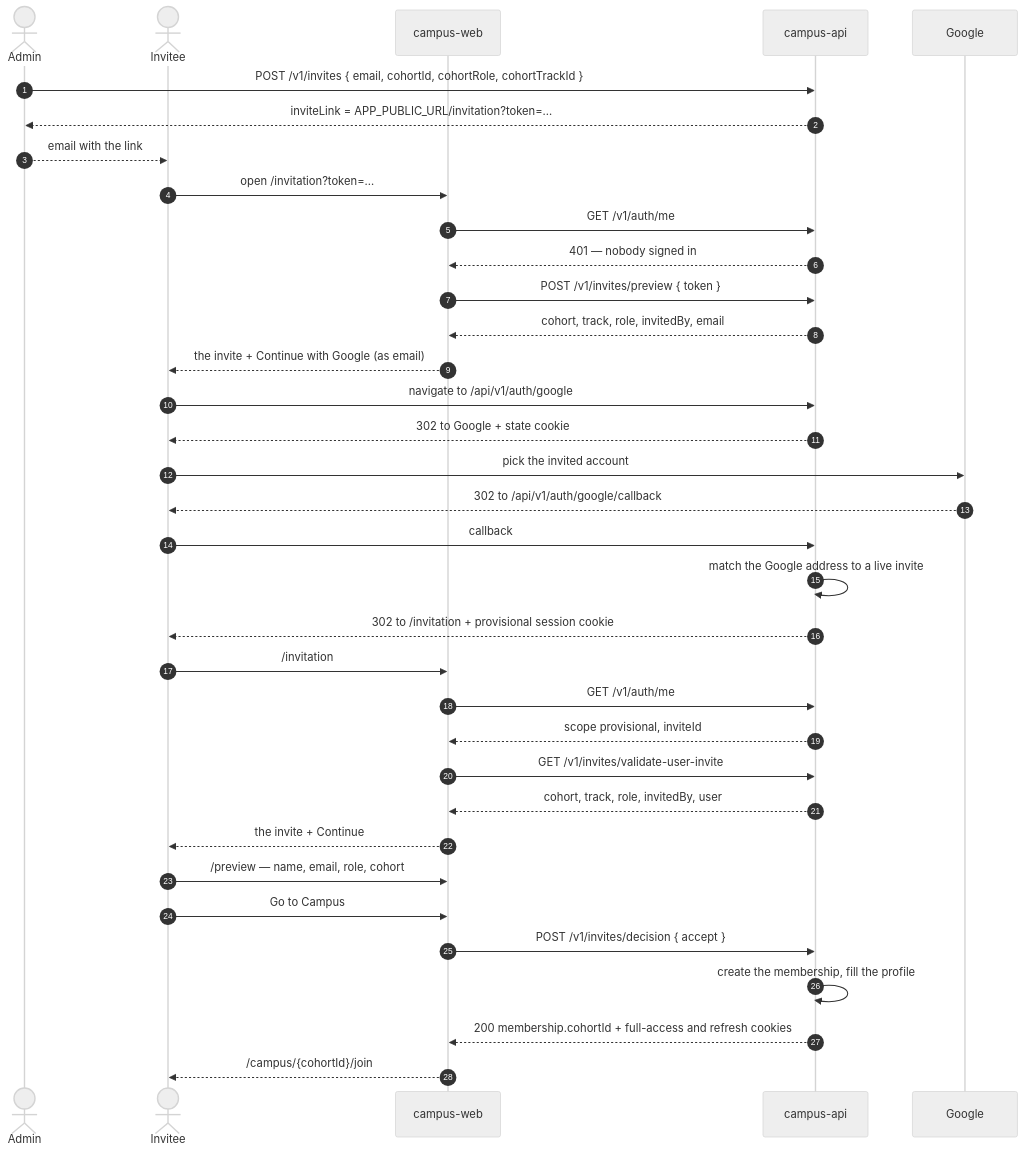
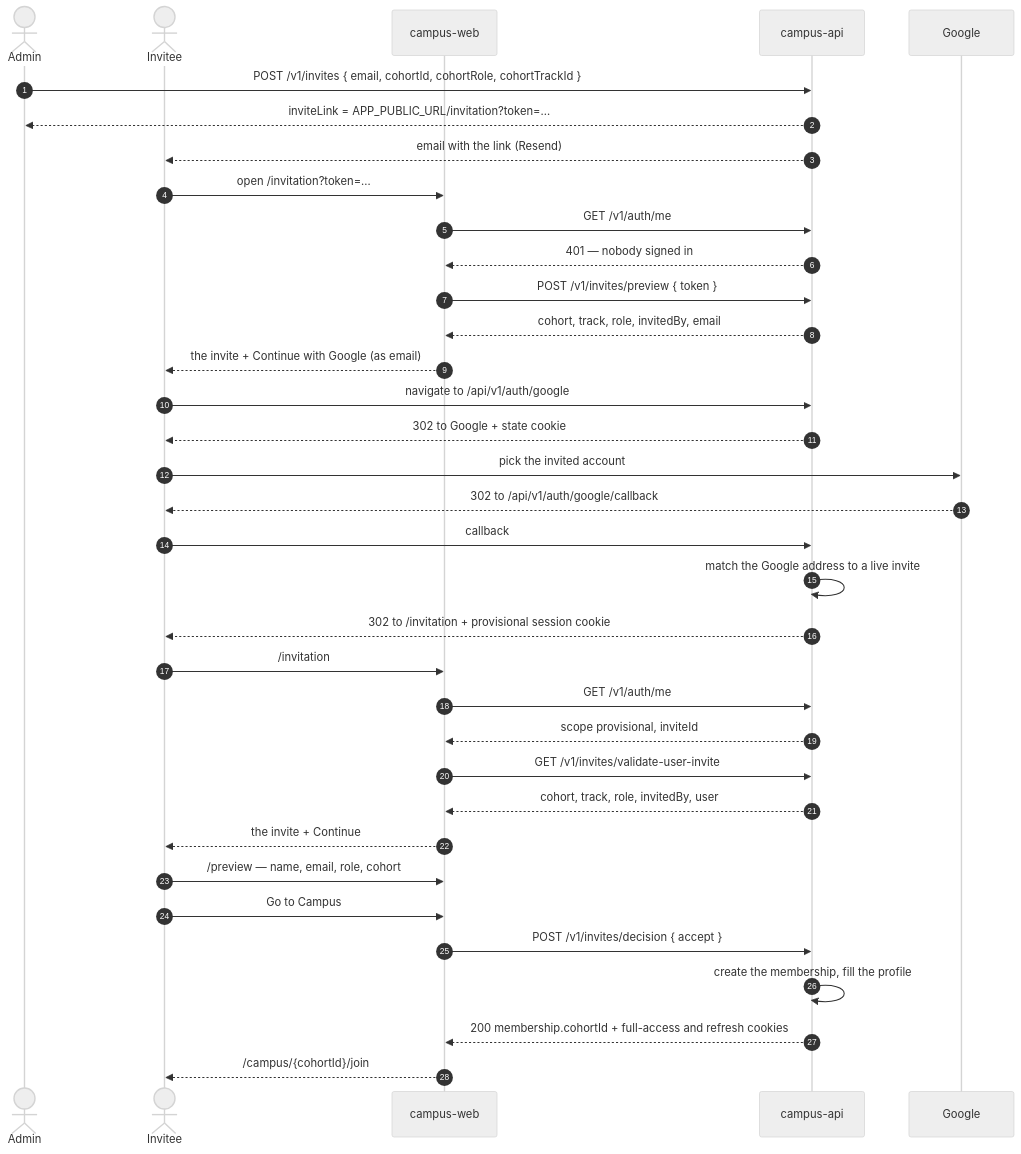
The diagram in docs/invite-to-campus.md (Risevestacademy/campus-server), drawn with Mermaid (neutral theme) before and after one commit. The commit also changed other lines of this file and 3 other files, not shown here.

````diff
--- a/docs/invite-to-campus.md
+++ b/docs/invite-to-campus.md
@@ -27,42 +27,42 @@
 ```mermaid
 sequenceDiagram
     autonumber
     actor Admin
     actor I as Invitee
     participant W as campus-web
     participant A as campus-api
     participant G as Google
 
     Admin->>A: POST /v1/invites { email, cohortId, cohortRole, cohortTrackId }
     A-->>Admin: inviteLink = APP_PUBLIC_URL/invitation?token=…
-    Admin-->>I: email with the link
+    A-->>I: email with the link (Resend)
 
     I->>W: open /invitation?token=…
     W->>A: GET /v1/auth/me
     A-->>W: 401 — nobody signed in
     W->>A: POST /v1/invites/preview { token }
     A-->>W: cohort, track, role, invitedBy, email
     W-->>I: the invite + Continue with Google (as email)
 
     I->>A: navigate to /api/v1/auth/google
     A-->>I: 302 to Google + state cookie
     I->>G: pick the invited account
     G-->>I: 302 to /api/v1/auth/google/callback
     I->>A: callback
     A->>A: match the Google address to a live invite
     A-->>I: 302 to /invitation + provisional session cookie
 
     I->>W: /invitation
     W->>A: GET /v1/auth/me
     A-->>W: scope provisional, inviteId
     W->>A: GET /v1/invites/validate-user-invite
     A-->>W: cohort, track, role, invitedBy, user
     W-->>I: the invite + Continue
 
     I->>W: /preview — name, email, role, cohort
     I->>W: Go to Campus
     W->>A: POST /v1/invites/decision { accept }
     A->>A: create the membership, fill the profile
     A-->>W: 200 membership.cohortId + full-access and refresh cookies
     W-->>I: /campus/{cohortId}/join
 ```
````
